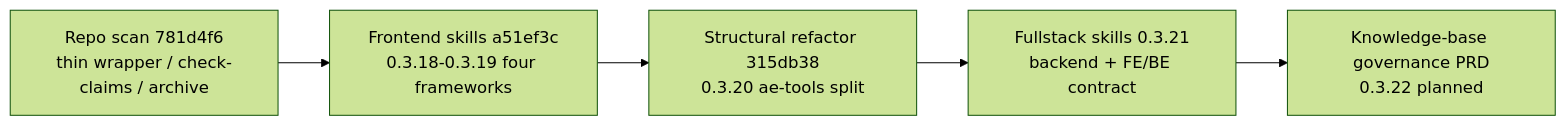
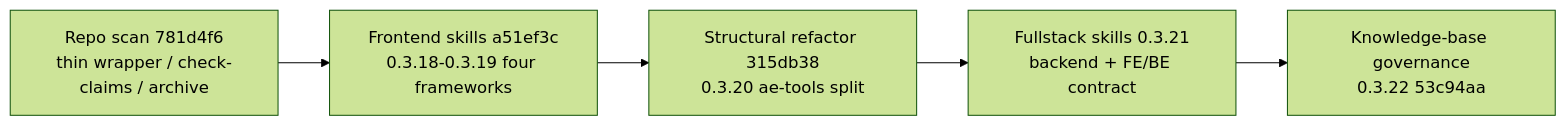
One commit to YaoGUanquan/codex-ai-agent-engine changed the first of 2 diagrams in docs/ae/graphs/maintainer-artifact-graph.md. Above: the diagram before and after it, drawn with Mermaid (forest theme). The commit also changed other lines of this file and 11 other files, not shown here.

Commit message:
docs: close knowledge-base governance 0.3.22 and fix help artifact paths

````diff
--- a/docs/ae/graphs/maintainer-artifact-graph.md
+++ b/docs/ae/graphs/maintainer-artifact-graph.md
@@ -8,9 +8,9 @@
 ```mermaid
 flowchart LR
   scan["Repo scan 781d4f6<br/>thin wrapper / check-claims / archive"]
   fe["Frontend skills a51ef3c<br/>0.3.18-0.3.19 four frameworks"]
   struct["Structural refactor 315db38<br/>0.3.20 ae-tools split"]
   full["Fullstack skills 0.3.21<br/>backend + FE/BE contract"]
-  kb["Knowledge-base governance PRD<br/>0.3.22 planned"]
+  kb["Knowledge-base governance<br/>0.3.22 53c94aa"]
   scan --> fe --> struct --> full --> kb
 ```
````
